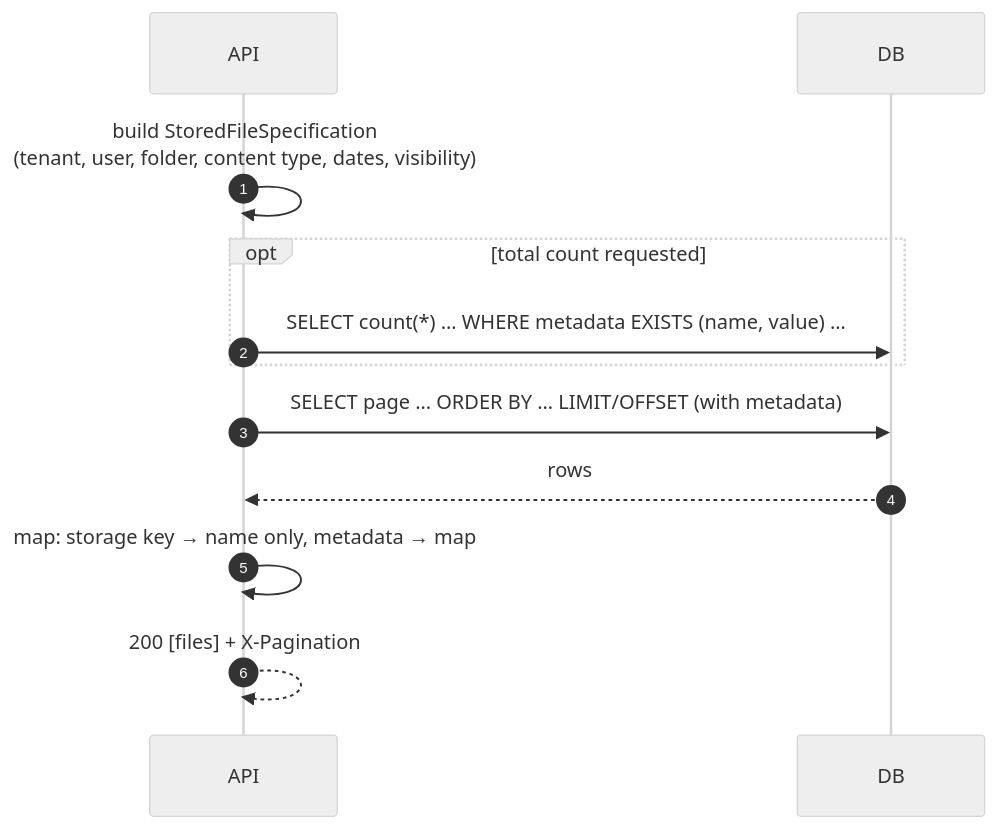
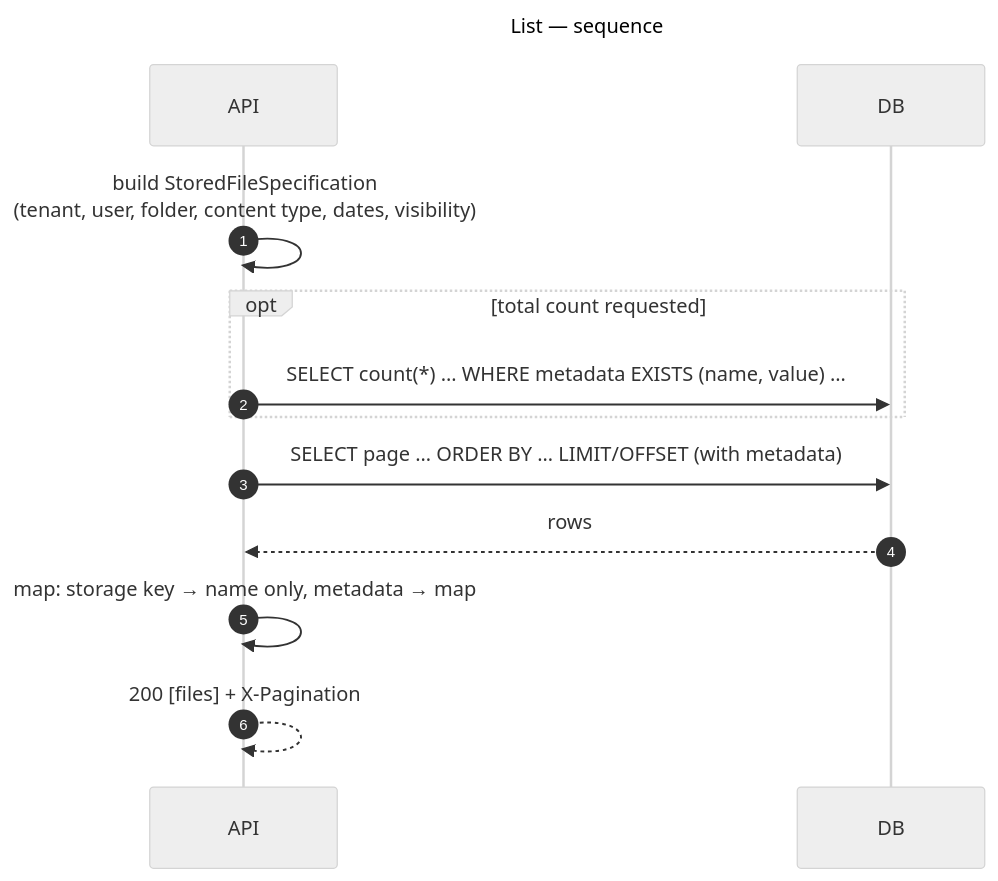
Before and after one commit to gmetskhvarishvili/GM.FileStorage.Samples: the fifth of 14 diagrams in docs/sequence-diagrams.md, drawn with Mermaid (neutral theme). The commit also changed other lines of this file and 7 other files, not shown here.

First line of the commit message:
docs: name every diagram "subject — kind" and index them

````diff
--- a/docs/sequence-diagrams.md
+++ b/docs/sequence-diagrams.md
@@ -173,15 +183,18 @@
 ```mermaid
+---
+title: List — sequence
+---
 sequenceDiagram
     autonumber
     participant API
     participant DB
 
     API->>API: build StoredFileSpecification<br/>(tenant, user, folder, content type, dates, visibility)
     opt total count requested
         API->>DB: SELECT count(*) … WHERE metadata EXISTS (name, value) …
     end
     API->>DB: SELECT page … ORDER BY … LIMIT/OFFSET (with metadata)
     DB-->>API: rows
     API->>API: map: storage key → name only, metadata → map
     API-->>API: 200 [files] + X-Pagination
 ```
````
